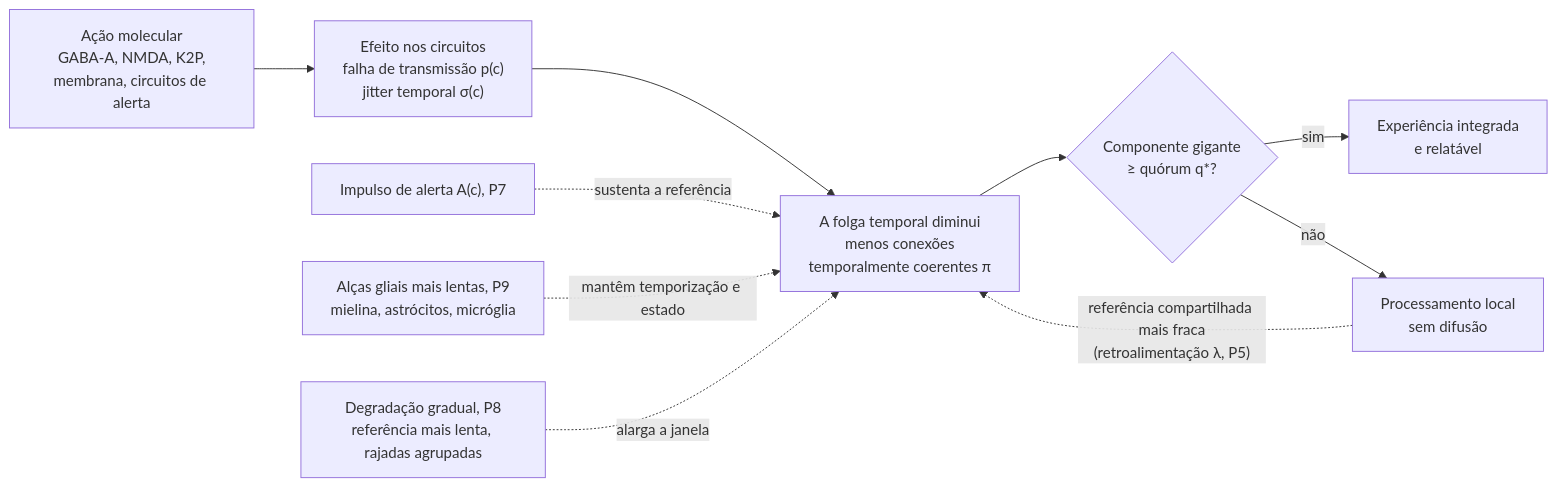
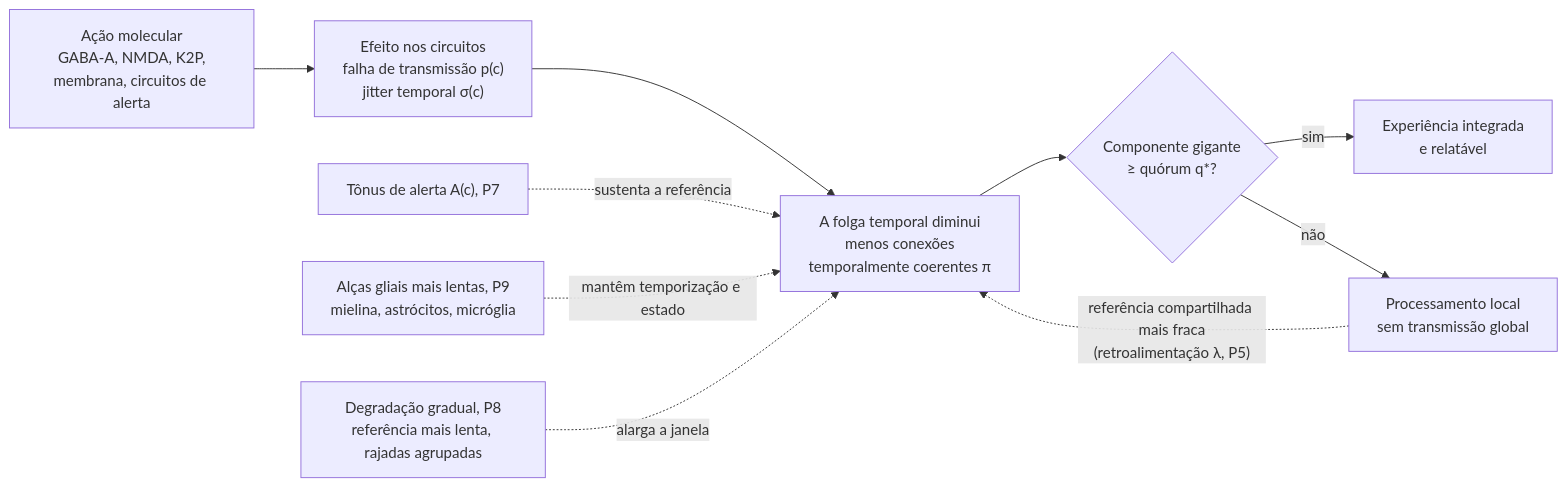
One commit to DrGabriel/neuroscience changed the first of 2 diagrams in white_paper_anesthesia_consensus.pt-BR.md. Above: the diagram before and after it, drawn with Mermaid. The commit also changed other lines of this file and 21 other files, not shown here.

````diff
--- a/white_paper_anesthesia_consensus.pt-BR.md
+++ b/white_paper_anesthesia_consensus.pt-BR.md
@@ -255,12 +255,12 @@
 ```mermaid
 flowchart LR
     A["Ação molecular<br/>GABA-A, NMDA, K2P,<br/>membrana, circuitos de alerta"] --> B["Efeito nos circuitos<br/>falha de transmissão p(c)<br/>jitter temporal σ(c)"]
     B --> C["A folga temporal diminui<br/>menos conexões<br/>temporalmente coerentes π"]
     C --> D{"Componente gigante<br/>≥ quórum q*?"}
     D -- sim --> E["Experiência integrada<br/>e relatável"]
-    D -- não --> F["Processamento local<br/>sem difusão"]
+    D -- não --> F["Processamento local<br/>sem transmissão global"]
     F -. "referência compartilhada mais fraca<br/>(retroalimentação λ, P5)" .-> C
-    G["Impulso de alerta A(c), P7"] -. "sustenta a referência" .-> C
+    G["Tônus de alerta A(c), P7"] -. "sustenta a referência" .-> C
     I["Alças gliais mais lentas, P9<br/>mielina, astrócitos, micróglia"] -. "mantêm temporização e estado" .-> C
     H["Degradação gradual, P8<br/>referência mais lenta, rajadas agrupadas"] -. "alarga a janela" .-> C
 ```
````
